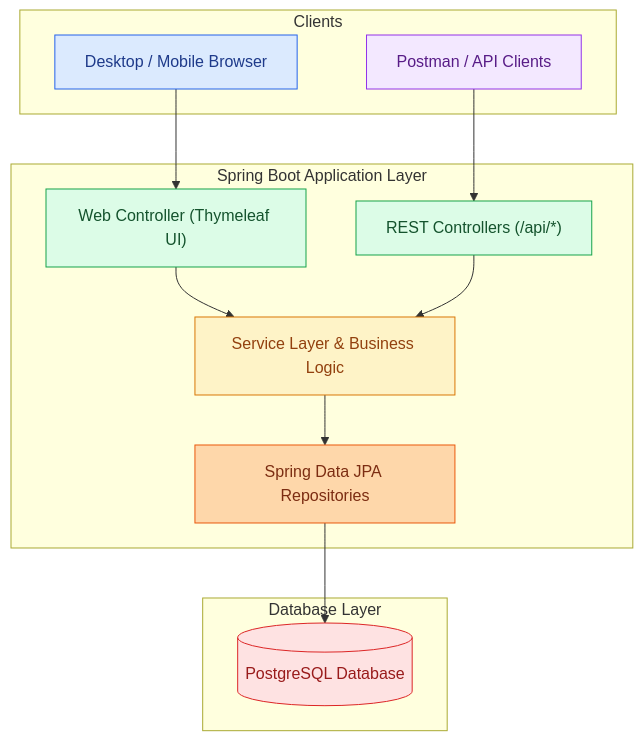
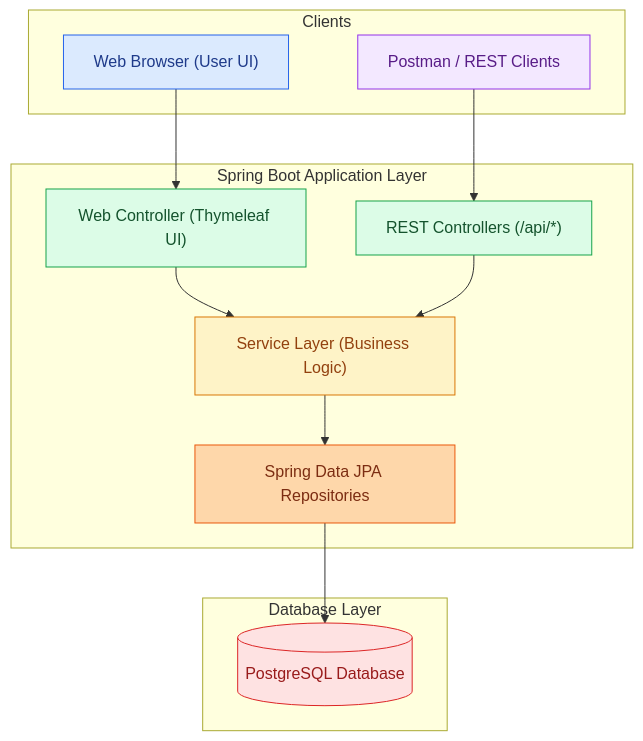
The second of 3 diagrams in README.md (JVP008/Internship-Tracker), drawn with Mermaid before and after one commit. The commit also changed other lines of this file, not shown here.

````diff
--- a/README.md
+++ b/README.md
@@ -83,33 +83,33 @@
 ```mermaid
 flowchart TD
     subgraph Clients["Clients"]
-        A["Desktop / Mobile Browser"]
-        B["Postman / API Clients"]
+        A["Web Browser (User UI)"]
+        B["Postman / REST Clients"]
     end
 
     subgraph AppLayer["Spring Boot Application Layer"]
         C["Web Controller (Thymeleaf UI)"]
         D["REST Controllers (/api/*)"]
-        E["Service Layer & Business Logic"]
+        E["Service Layer (Business Logic)"]
         F["Spring Data JPA Repositories"]
     end
 
     subgraph DataLayer["Database Layer"]
         G[("PostgreSQL Database")]
     end
 
     A --> C
     B --> D
     C --> E
     D --> E
     E --> F
     F --> G
 
     style A fill:#dbeafe,stroke:#2563eb,color:#1e3a8a
     style B fill:#f3e8ff,stroke:#9333ea,color:#581c87
     style C fill:#dcfce7,stroke:#16a34a,color:#14532d
     style D fill:#dcfce7,stroke:#16a34a,color:#14532d
     style E fill:#fef3c7,stroke:#d97706,color:#92400e
     style F fill:#fed7aa,stroke:#ea580c,color:#7c2d12
     style G fill:#fee2e2,stroke:#dc2626,color:#991b1b
 ```
````
